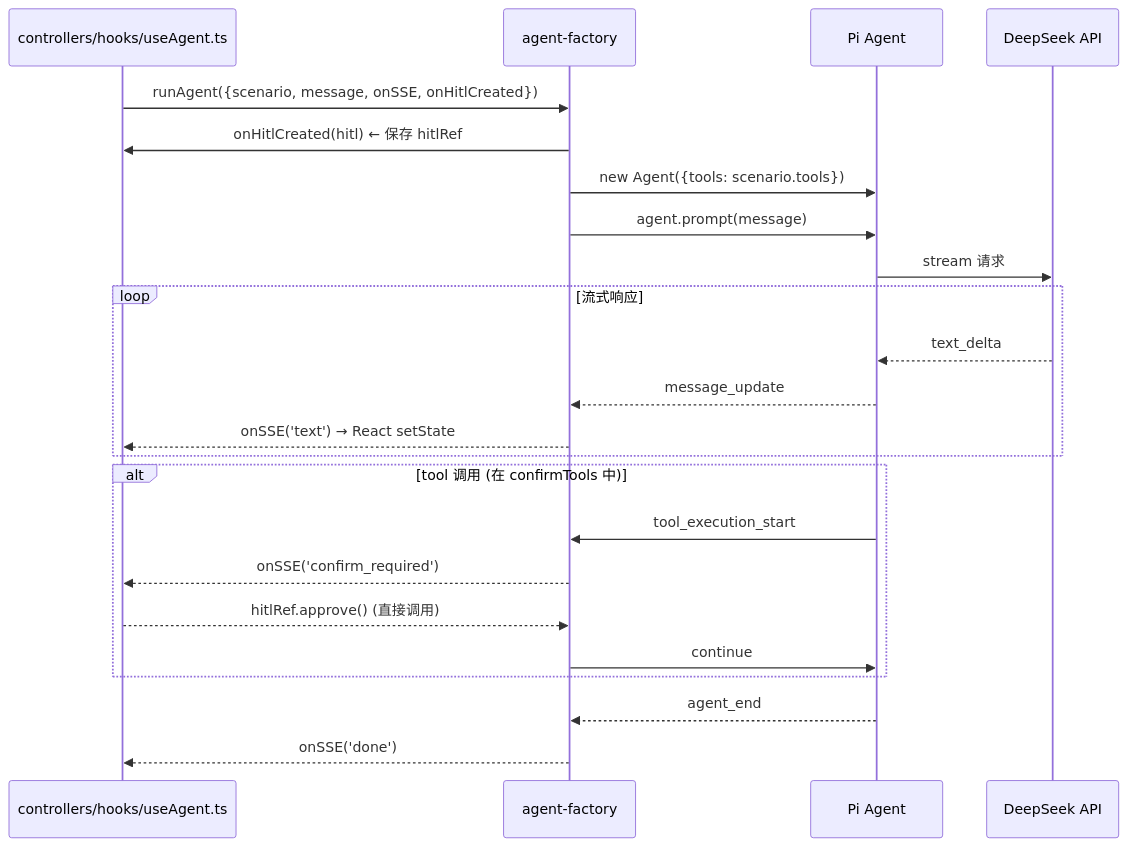
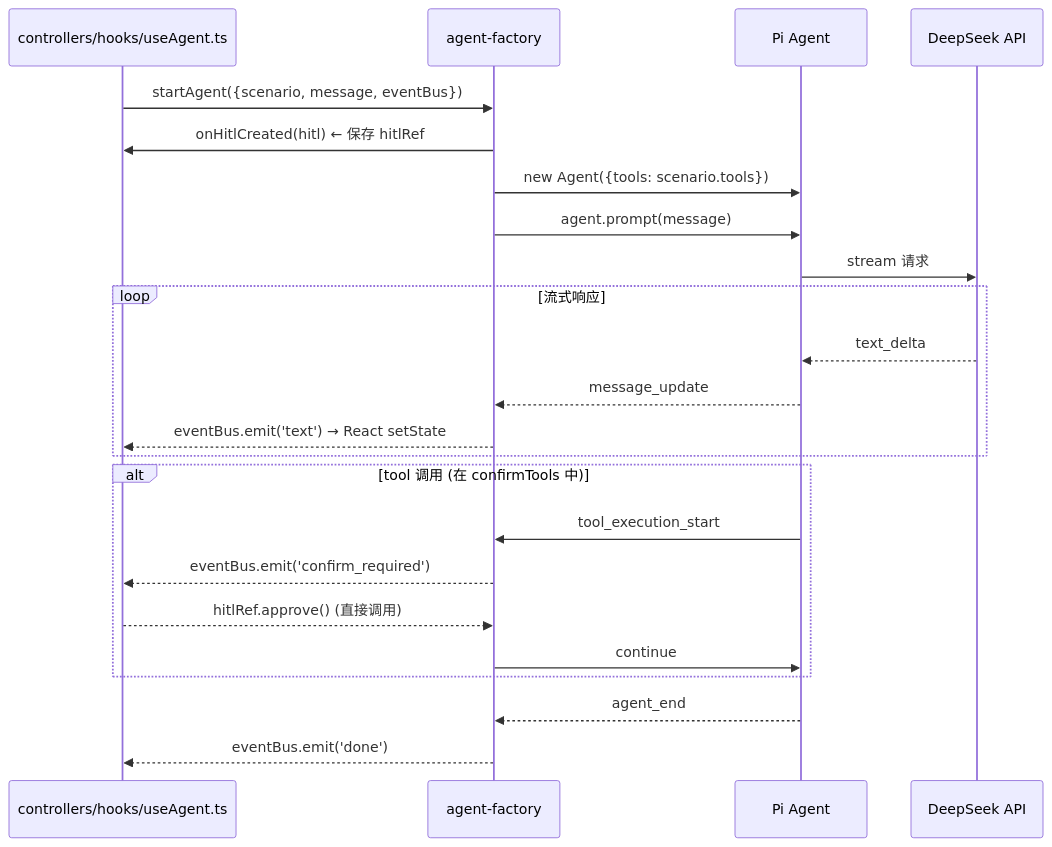
Before and after one commit to yjzaaa/leave-approval-agent: the third of 4 diagrams in src/agent/CLAUDE.md, drawn with Mermaid. The commit also changed other lines of this file, not shown here.

Commit message:
docs: 更新 agent/CLAUDE.md — onSSE → EventBus 时序图 + 事件表

````diff
--- a/src/agent/CLAUDE.md
+++ b/src/agent/CLAUDE.md
@@ -136,29 +139,29 @@
 ```mermaid
 sequenceDiagram
     participant Browser as controllers/hooks/useAgent.ts
     participant Factory as agent-factory
     participant Agent as Pi Agent
     participant API as DeepSeek API
 
-    Browser->>Factory: runAgent({scenario, message, onSSE, onHitlCreated})
+    Browser->>Factory: startAgent({scenario, message, eventBus})
     Factory->>Browser: onHitlCreated(hitl) ← 保存 hitlRef
     Factory->>Agent: new Agent({tools: scenario.tools})
     Factory->>Agent: agent.prompt(message)
     Agent->>API: stream 请求
 
     loop 流式响应
         API-->>Agent: text_delta
         Agent-->>Factory: message_update
-        Factory-->>Browser: onSSE('text') → React setState
+        Factory-->>Browser: eventBus.emit('text') → React setState
     end
 
     alt tool 调用 (在 confirmTools 中)
         Agent->>Factory: tool_execution_start
-        Factory-->>Browser: onSSE('confirm_required')
+        Factory-->>Browser: eventBus.emit('confirm_required')
         Browser-->>Factory: hitlRef.approve() (直接调用)
         Factory->>Agent: continue
     end
 
     Agent-->>Factory: agent_end
-    Factory-->>Browser: onSSE('done')
+    Factory-->>Browser: eventBus.emit('done')
 ```
````
